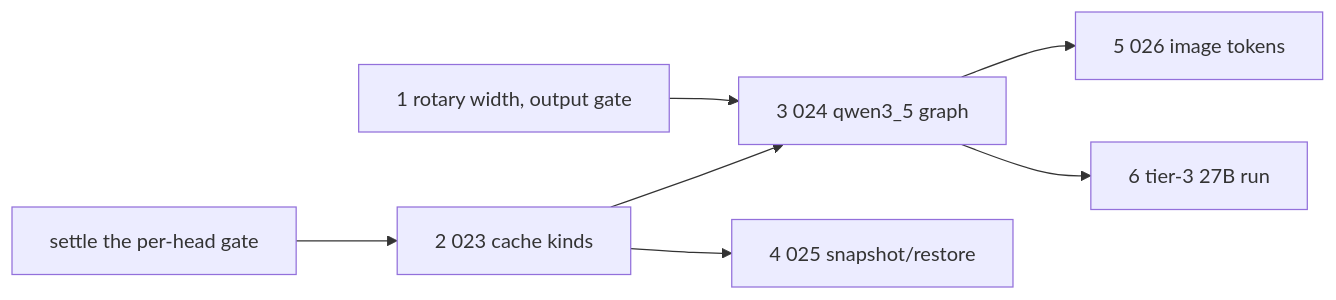
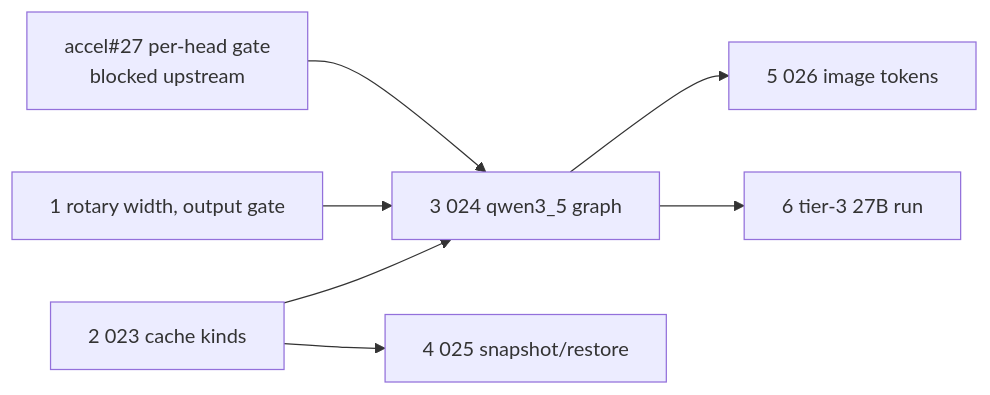
The third of 3 diagrams in specs/README.md (latere-ai/tgo), drawn with Mermaid before and after one commit. The commit also changed other lines of this file and 1 other file, not shown here.

````diff
--- a/specs/README.md
+++ b/specs/README.md
@@ -270,9 +275,9 @@
 ```mermaid
 flowchart LR
-  G["settle the per-head gate"] --> K["2 023 cache kinds"]
-  R["1 rotary width, output gate"] --> A["3 024 qwen3_5 graph"]
-  K --> A
+  G["accel#27 per-head gate<br/>blocked upstream"] --> A["3 024 qwen3_5 graph"]
+  R["1 rotary width, output gate"] --> A
+  K["2 023 cache kinds"] --> A
   K --> N["4 025 snapshot/restore"]
   A --> I["5 026 image tokens"]
   A --> T["6 tier-3 27B run"]
 ```
````
